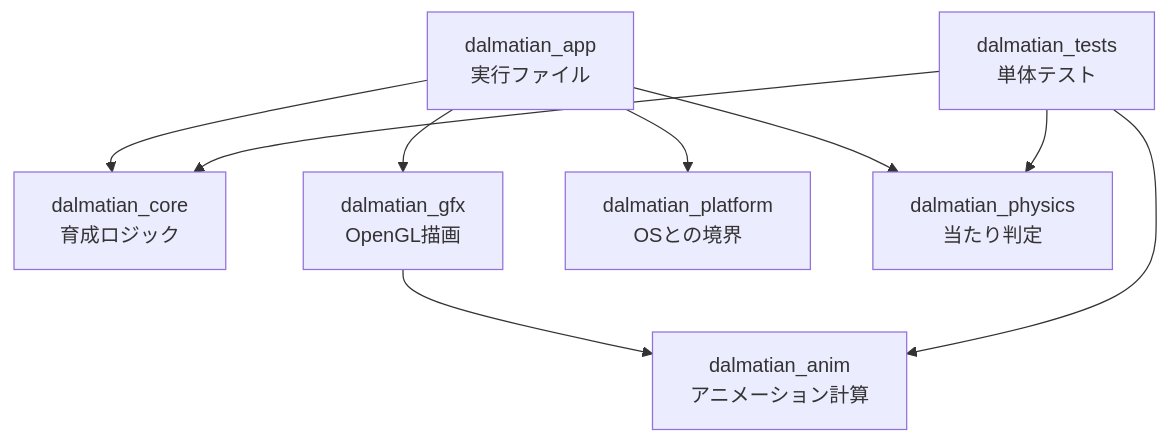
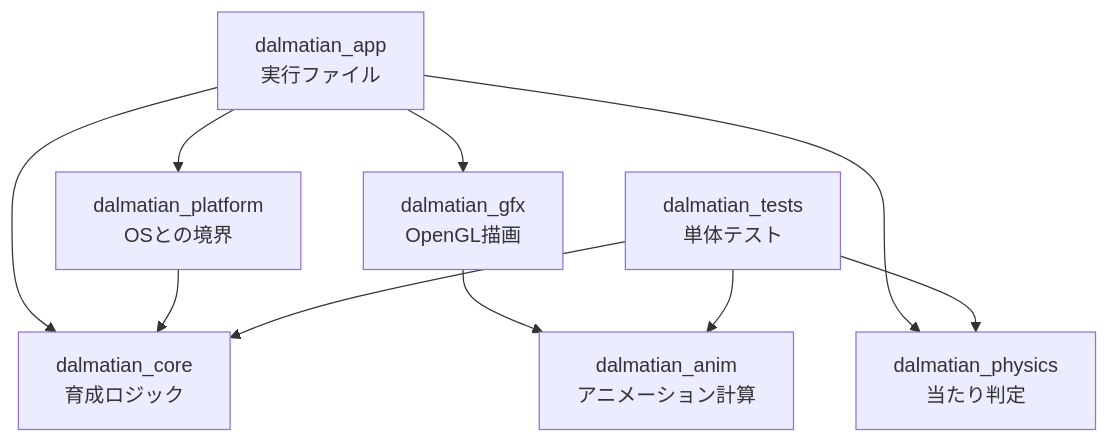
One commit to Yokochi513/Dalmatian-nurture changed the diagram in README.md. Above: the diagram before and after it, drawn with Mermaid. The commit also changed other lines of this file and 20 other files, not shown here.

````diff
--- a/README.md
+++ b/README.md
@@ -60,19 +60,20 @@
 ```mermaid
 graph TD
     app[dalmatian_app<br/>実行ファイル]
     core[dalmatian_core<br/>育成ロジック]
     gfx[dalmatian_gfx<br/>OpenGL描画]
     anim[dalmatian_anim<br/>アニメーション計算]
     platform[dalmatian_platform<br/>OSとの境界]
     physics[dalmatian_physics<br/>当たり判定]
     tests[dalmatian_tests<br/>単体テスト]
 
     app --> core
     app --> gfx
     app --> platform
     app --> physics
+    platform --> core
     gfx --> anim
     tests --> core
     tests --> anim
     tests --> physics
 ```
````
